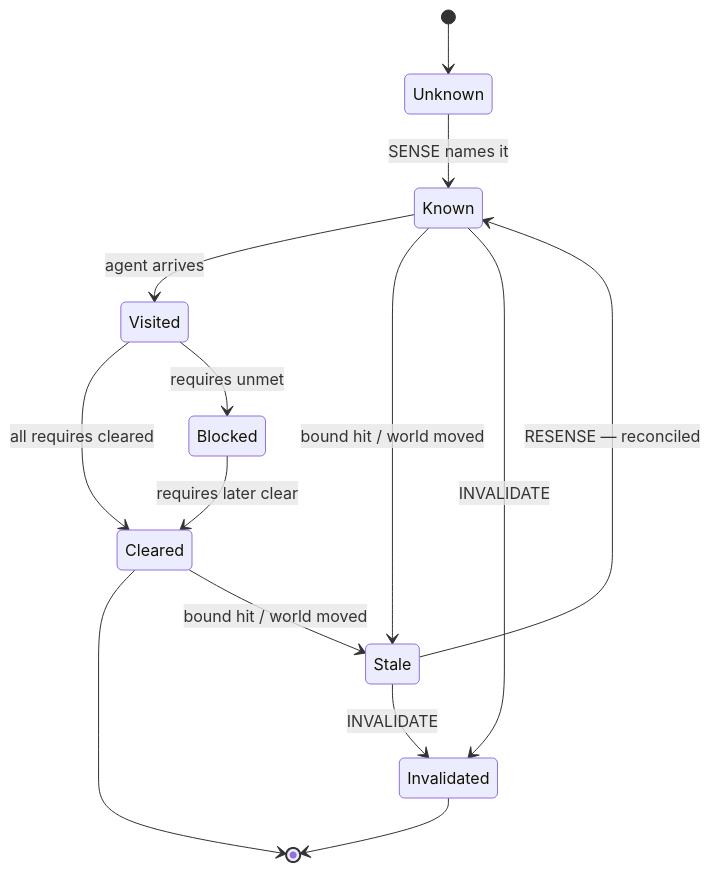
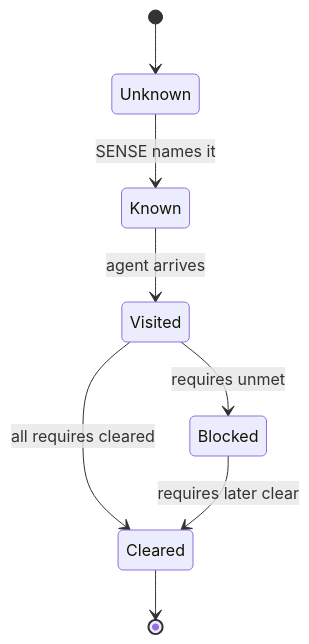
The first of 2 diagrams in documentation/ia-series/14-managing-belief-state/blog.md (thompsonson/intelligent_agents), drawn with Mermaid before and after one commit. The commit also changed other lines of this file, not shown here.

Commit message:
docs(ia-series): IA 14 — split lifecycle diagram into acquisition + management overlay
fixes the stateDiagram-v2 'could not find a suitable point' render
failure (dense multi-edge graph with two terminal exits and a backward
edge). Now two simpler diagrams, both verified rendering with
mermaid-cli.

````diff
--- a/documentation/ia-series/14-managing-belief-state/blog.md
+++ b/documentation/ia-series/14-managing-belief-state/blog.md
@@ -91,17 +91,10 @@
 ```mermaid
 stateDiagram-v2
     [*] --> Unknown
     Unknown --> Known : SENSE names it
     Known --> Visited : agent arrives
     Visited --> Cleared : all requires cleared
     Visited --> Blocked : requires unmet
     Blocked --> Cleared : requires later clear
     Cleared --> [*]
-
-    Known --> Stale : bound hit / world moved
-    Cleared --> Stale : bound hit / world moved
-    Stale --> Known : RESENSE — reconciled
-    Known --> Invalidated : INVALIDATE
-    Stale --> Invalidated : INVALIDATE
-    Invalidated --> [*]
 ```
````
